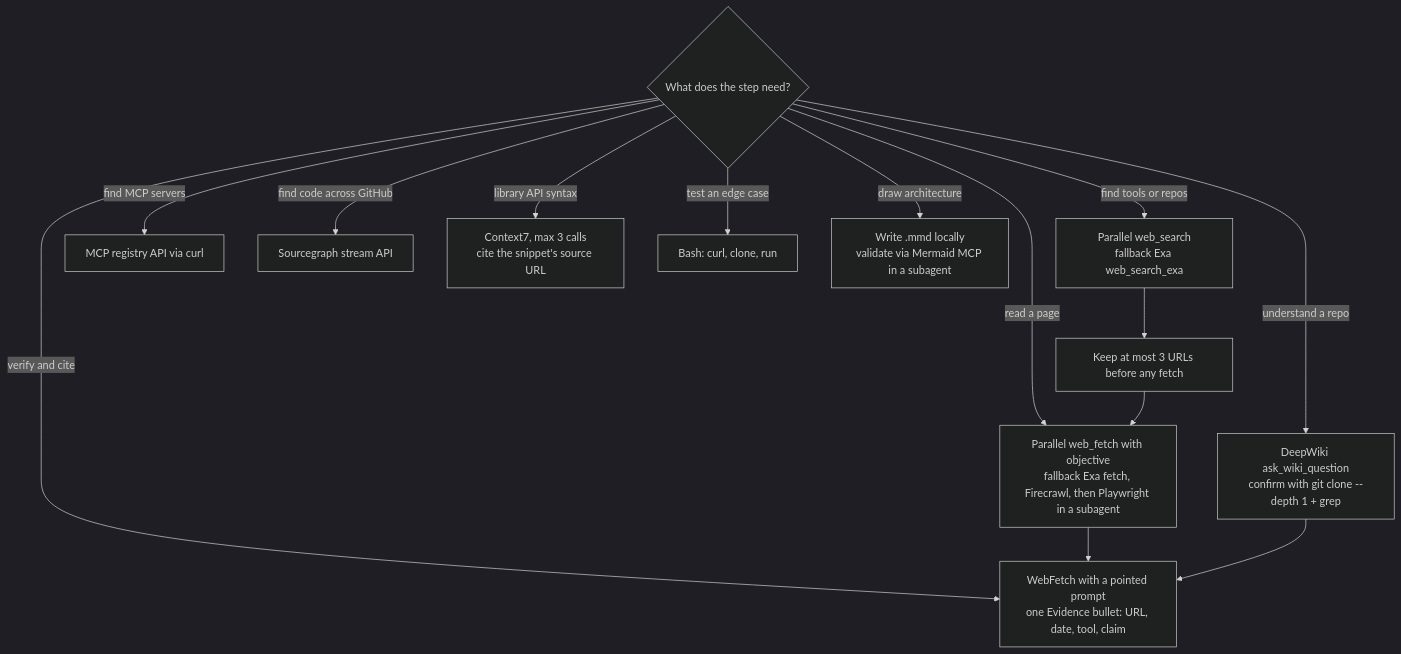
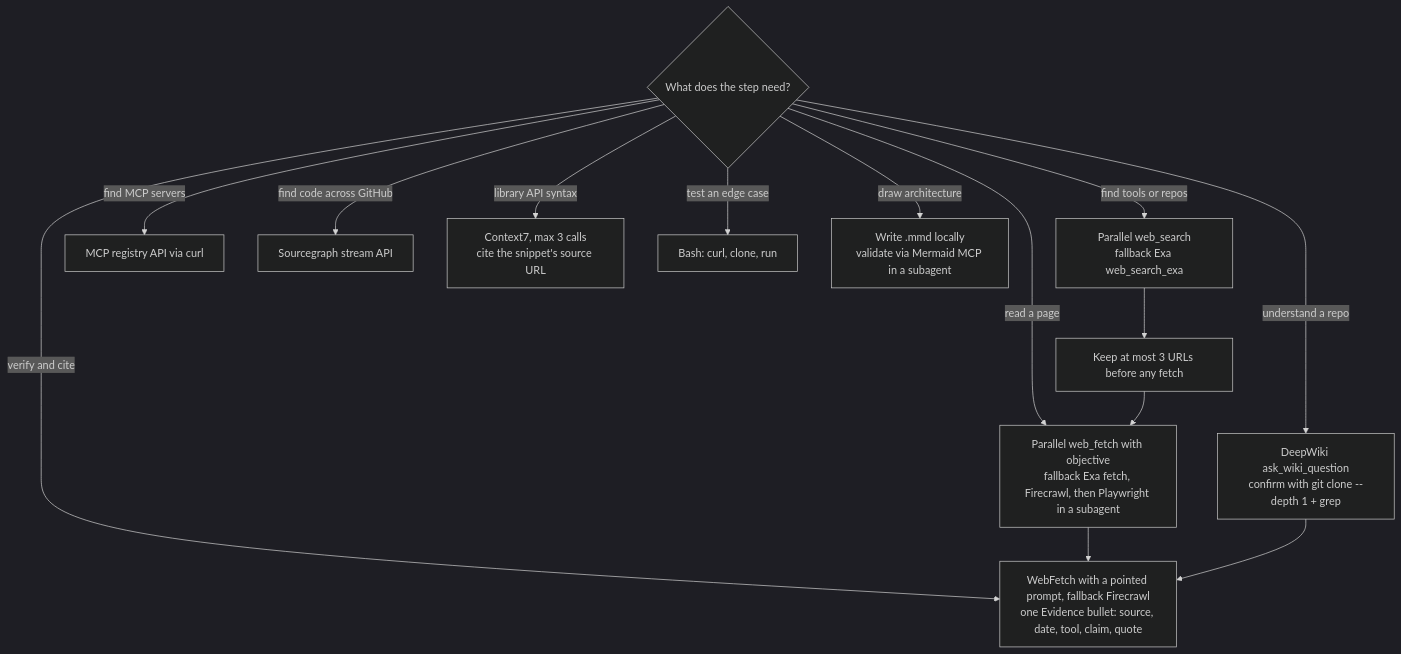
The diagram in docs/diagrams/tool-routing.mmd (jcallahanp/Autonomy-Research), drawn with Mermaid (dark theme) before and after one commit. The commit also changed 4 other files, not shown here.

First line of the commit message:
Round 1: update install docs, three diagrams and open questions

```diff
--- a/docs/diagrams/tool-routing.mmd
+++ b/docs/diagrams/tool-routing.mmd
@@ -1,15 +1,15 @@
 flowchart TD
   q{What does the step need?}
   q -->|find tools or repos| d[Parallel web_search<br/>fallback Exa web_search_exa]
   q -->|find MCP servers| r[MCP registry API via curl]
   q -->|find code across GitHub| sg[Sourcegraph stream API]
   q -->|read a page| p[Parallel web_fetch with objective<br/>fallback Exa fetch, Firecrawl, then Playwright in a subagent]
-  q -->|verify and cite| wf[WebFetch with a pointed prompt<br/>one Evidence bullet: URL, date, tool, claim]
+  q -->|verify and cite| wf[WebFetch with a pointed prompt, fallback Firecrawl<br/>one Evidence bullet: source, date, tool, claim, quote]
   q -->|understand a repo| dw[DeepWiki ask_wiki_question<br/>confirm with git clone --depth 1 + grep]
   q -->|library API syntax| c7[Context7, max 3 calls<br/>cite the snippet's source URL]
   q -->|test an edge case| sh[Bash: curl, clone, run]
   q -->|draw architecture| mm[Write .mmd locally<br/>validate via Mermaid MCP in a subagent]
   d --> cap[Keep at most 3 URLs before any fetch]
   cap --> p
   p --> wf
   dw --> wf
```
